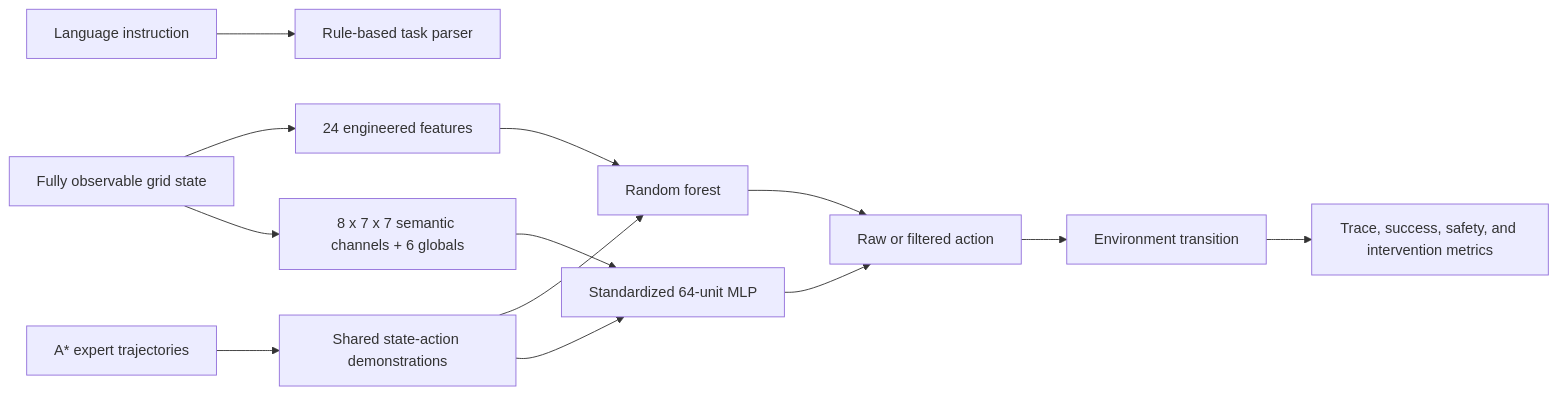
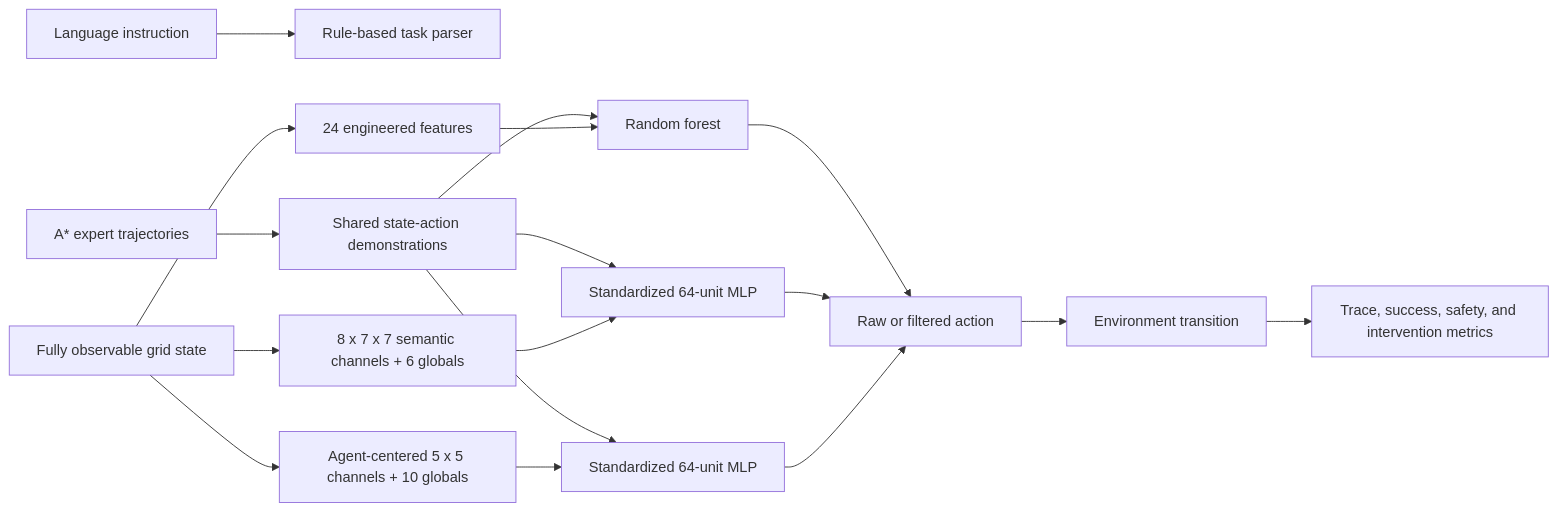
One commit to josiahsutd-stack/ai-portfolio changed the diagram in projects/vla-embodied-agent-simulator/README.md. Above: the diagram before and after it, drawn with Mermaid. The commit also changed other lines of this file and 36 other files, not shown here.

````diff
--- a/projects/vla-embodied-agent-simulator/README.md
+++ b/projects/vla-embodied-agent-simulator/README.md
@@ -75,15 +79,19 @@
 ```mermaid
 flowchart LR
   A["Language instruction"] --> B["Rule-based task parser"]
   C["Fully observable grid state"] --> D["24 engineered features"]
   C --> E["8 x 7 x 7 semantic channels + 6 globals"]
+  C --> M["Agent-centered 5 x 5 channels + 10 globals"]
   F["A* expert trajectories"] --> G["Shared state-action demonstrations"]
   G --> H["Random forest"]
   G --> I["Standardized 64-unit MLP"]
+  G --> N["Standardized 64-unit MLP"]
   D --> H
   E --> I
+  M --> N
   H --> J["Raw or filtered action"]
   I --> J
+  N --> J
   J --> K["Environment transition"]
   K --> L["Trace, success, safety, and intervention metrics"]
 ```
````
